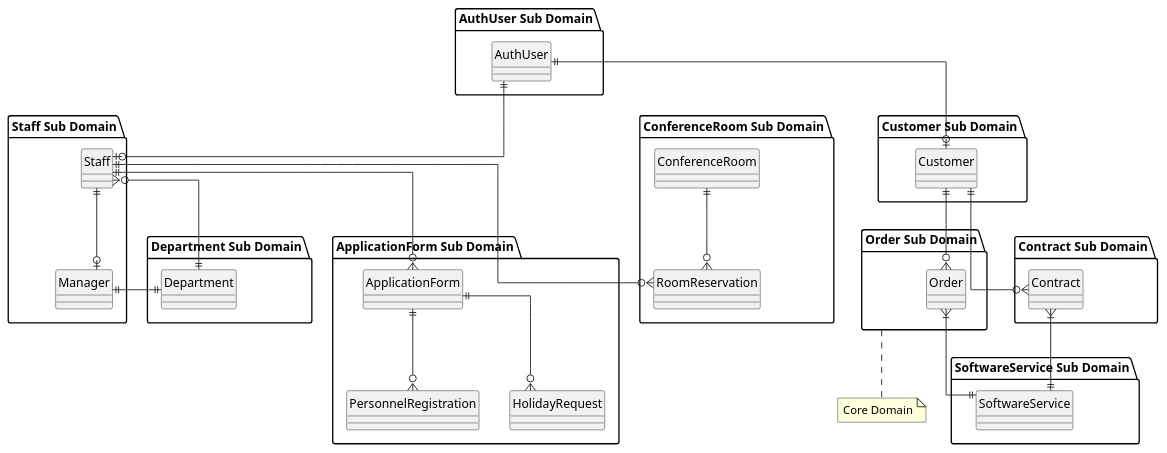
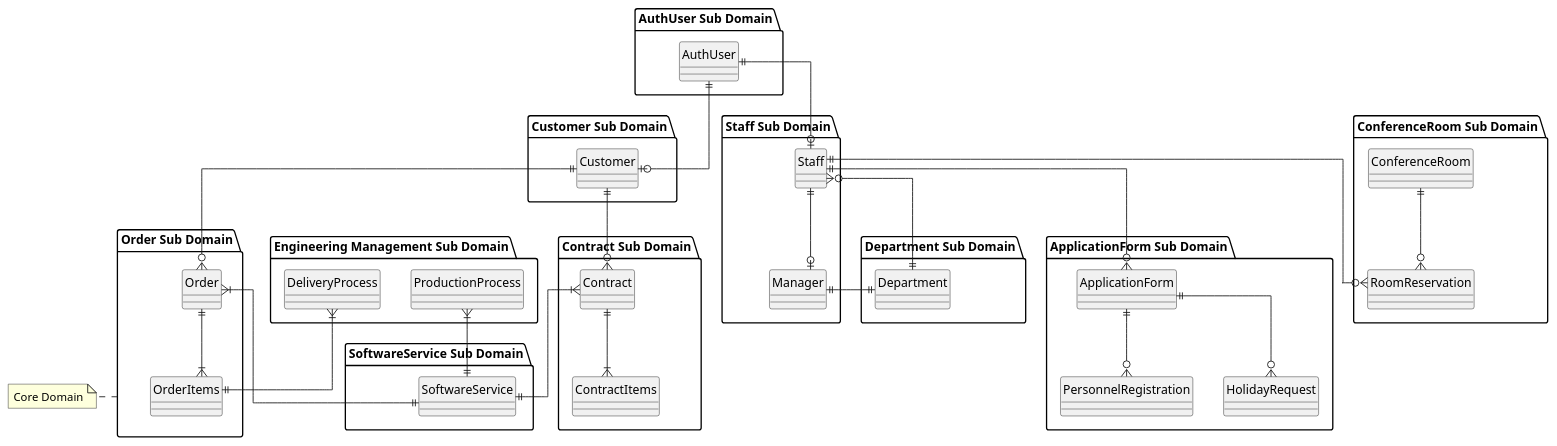
The diagram in documents/DomainModel.puml (KawataniShinya/sales-management), drawn with PlantUML before and after one commit.

Commit message:
update domain model

```diff
--- a/documents/DomainModel.puml
+++ b/documents/DomainModel.puml
@@ -1,67 +1,78 @@
 @startuml
 'https://plantuml.com/sequence-diagram
 
 ' hide the spot
 hide circle
 
 ' avoid problems with angled crows feet
 skinparam linetype ortho
 
 package "AuthUser Sub Domain" {
     entity AuthUser {}
 }
 
 package "Staff Sub Domain" {
     entity Staff {}
     entity Manager {}
 }
 
 package "Department Sub Domain" {
     entity Department {}
 }
 
 package "ApplicationForm Sub Domain" {
     entity ApplicationForm {}
     entity PersonnelRegistration {}
     entity HolidayRequest {}
 }
 
 package "ConferenceRoom Sub Domain" {
     entity ConferenceRoom {}
     entity RoomReservation {}
 }
 
 package "Customer Sub Domain" {
     entity Customer {}
 }
 
 note "Core Domain" as commentCoreDomain
 folder "Order Sub Domain" as OrderSubDomain {
     entity Order {}
+    entity OrderItems {}
 }
 OrderSubDomain .. commentCoreDomain
 
+package "Engineering Management Sub Domain" {
+    entity DeliveryProcess {}
+    entity ProductionProcess {}
+}
+
 package "Contract Sub Domain" {
     entity Contract {}
+    entity ContractItems {}
 }
 
 package "SoftwareService Sub Domain" {
     entity SoftwareService {}
 }
 
 AuthUser ||--o| Customer
 AuthUser ||--o| Staff
 Customer ||--o{ Contract
 Customer ||--o{ Order
+Contract ||--|{ ContractItems
 Contract }|--|| SoftwareService
+Order ||--|{ OrderItems
 Order }|--|| SoftwareService
+DeliveryProcess }|--|| OrderItems
+ProductionProcess }|--|| SoftwareService
 Staff ||--o| Manager
 Staff }o--|| Department
 Department ||--|| Manager
 Staff ||--o{ ApplicationForm
 ApplicationForm ||--o{ PersonnelRegistration
 ApplicationForm ||--o{ HolidayRequest
 Staff ||--o{ RoomReservation
 ConferenceRoom ||--o{ RoomReservation
 
 @enduml
```
